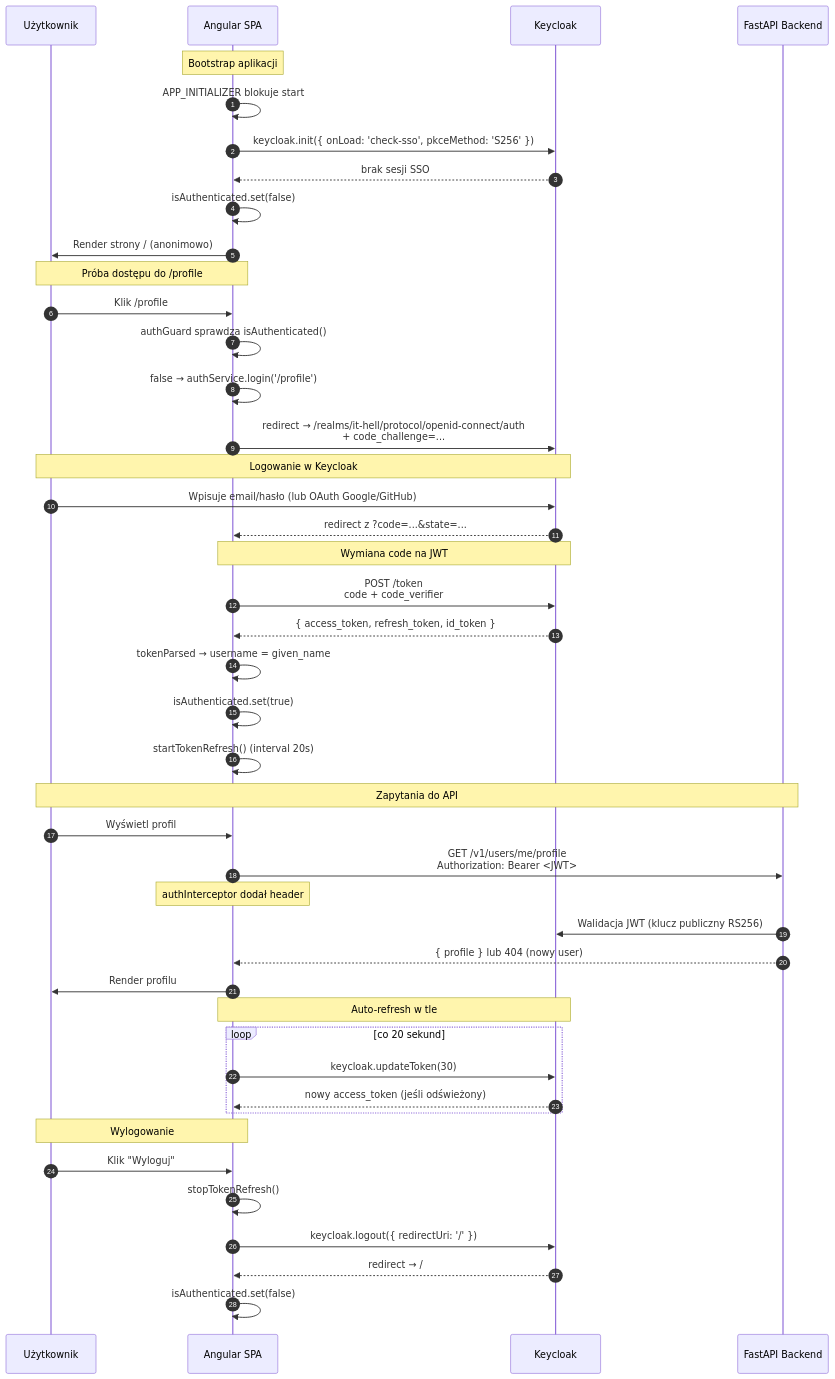
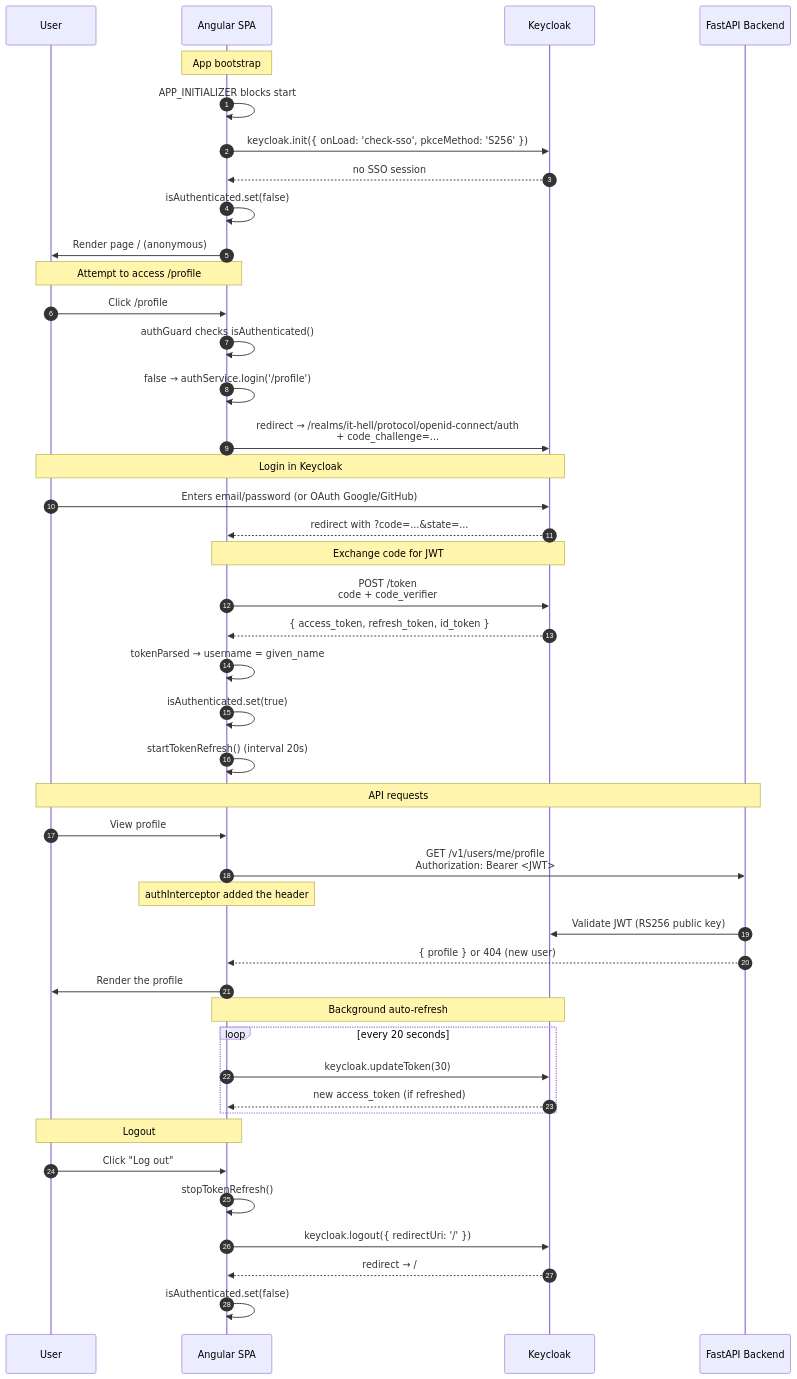
One commit to KluskaGit/IT-Hell changed the diagram in frontend/docs/auth-flow.md. Above: the diagram before and after it, drawn with Mermaid. The commit also changed other lines of this file and 46 other files, not shown here.

````diff
--- a/frontend/docs/auth-flow.md
+++ b/frontend/docs/auth-flow.md
@@ -98,53 +98,53 @@
 ```mermaid
 sequenceDiagram
     autonumber
-    participant U as Użytkownik
+    participant U as User
     participant A as Angular SPA
     participant K as Keycloak
     participant B as FastAPI Backend
 
-    Note over A: Bootstrap aplikacji
-    A->>A: APP_INITIALIZER blokuje start
+    Note over A: App bootstrap
+    A->>A: APP_INITIALIZER blocks start
     A->>K: keycloak.init({ onLoad: 'check-sso', pkceMethod: 'S256' })
-    K-->>A: brak sesji SSO
+    K-->>A: no SSO session
     A->>A: isAuthenticated.set(false)
-    A->>U: Render strony / (anonimowo)
+    A->>U: Render page / (anonymous)
 
-    Note over U,A: Próba dostępu do /profile
-    U->>A: Klik /profile
-    A->>A: authGuard sprawdza isAuthenticated()
+    Note over U,A: Attempt to access /profile
+    U->>A: Click /profile
+    A->>A: authGuard checks isAuthenticated()
     A->>A: false → authService.login('/profile')
     A->>K: redirect → /realms/it-hell/protocol/openid-connect/auth<br/>+ code_challenge=...
 
-    Note over U,K: Logowanie w Keycloak
-    U->>K: Wpisuje email/hasło (lub OAuth Google/GitHub)
-    K-->>A: redirect z ?code=...&state=...
+    Note over U,K: Login in Keycloak
+    U->>K: Enters email/password (or OAuth Google/GitHub)
+    K-->>A: redirect with ?code=...&state=...
 
-    Note over A,K: Wymiana code na JWT
+    Note over A,K: Exchange code for JWT
     A->>K: POST /token<br/>code + code_verifier
     K-->>A: { access_token, refresh_token, id_token }
     A->>A: tokenParsed → username = given_name
     A->>A: isAuthenticated.set(true)
     A->>A: startTokenRefresh() (interval 20s)
 
-    Note over U,B: Zapytania do API
-    U->>A: Wyświetl profil
+    Note over U,B: API requests
+    U->>A: View profile
     A->>B: GET /v1/users/me/profile<br/>Authorization: Bearer <JWT>
-    Note over A: authInterceptor dodał header
-    B->>K: Walidacja JWT (klucz publiczny RS256)
-    B-->>A: { profile } lub 404 (nowy user)
-    A->>U: Render profilu
+    Note over A: authInterceptor added the header
+    B->>K: Validate JWT (RS256 public key)
+    B-->>A: { profile } or 404 (new user)
+    A->>U: Render the profile
 
-    Note over A,K: Auto-refresh w tle
-    loop co 20 sekund
+    Note over A,K: Background auto-refresh
+    loop every 20 seconds
         A->>K: keycloak.updateToken(30)
-        K-->>A: nowy access_token (jeśli odświeżony)
+        K-->>A: new access_token (if refreshed)
     end
 
-    Note over U,A: Wylogowanie
-    U->>A: Klik "Wyloguj"
+    Note over U,A: Logout
+    U->>A: Click "Log out"
     A->>A: stopTokenRefresh()
     A->>K: keycloak.logout({ redirectUri: '/' })
     K-->>A: redirect → /
     A->>A: isAuthenticated.set(false)
 ```
````
